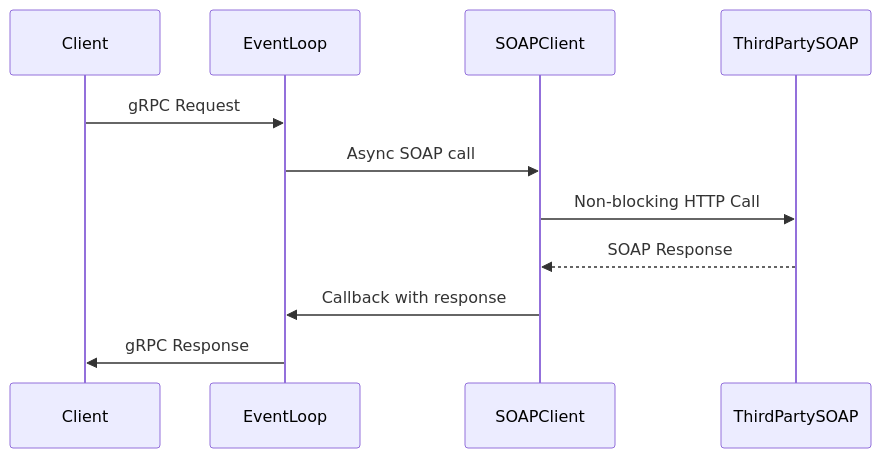
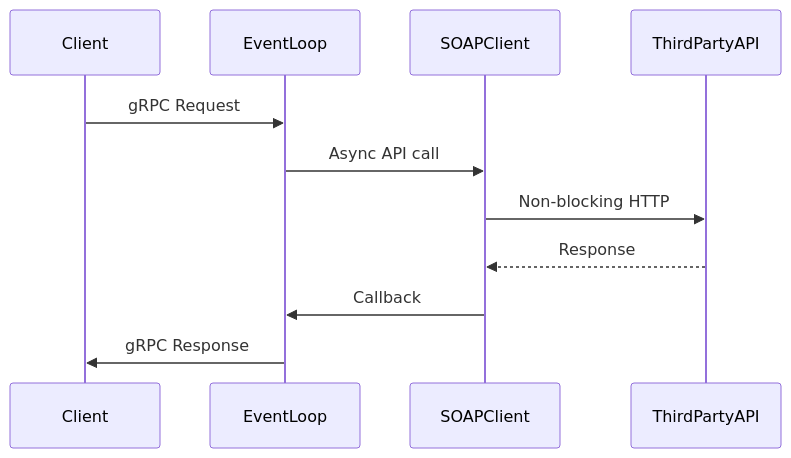
Before and after one commit to sonuprajapati15/Web-frameworks: the sixth of 7 diagrams in README.md, drawn with Mermaid. The commit also changed other lines of this file, not shown here.

````diff
--- a/README.md
+++ b/README.md
@@ -521,14 +373,14 @@
 ```mermaid
 sequenceDiagram
     participant Client
     participant EventLoop
     participant SOAPClient
-    participant ThirdPartySOAP
+    participant ThirdPartyAPI
 
     Client->>EventLoop: gRPC Request
-    EventLoop->>SOAPClient: Async SOAP call
-    SOAPClient->>ThirdPartySOAP: Non-blocking HTTP Call
-    ThirdPartySOAP-->>SOAPClient: SOAP Response
-    SOAPClient->>EventLoop: Callback with response
+    EventLoop->>SOAPClient: Async API call
+    SOAPClient->>ThirdPartyAPI: Non-blocking HTTP
+    ThirdPartyAPI-->>SOAPClient: Response
+    SOAPClient->>EventLoop: Callback
     EventLoop->>Client: gRPC Response
 ```
````
